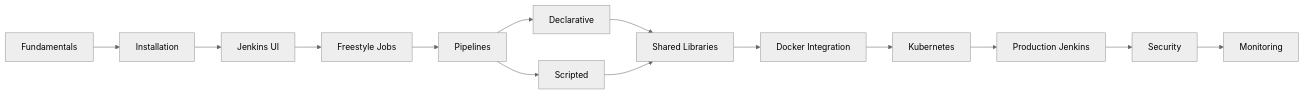
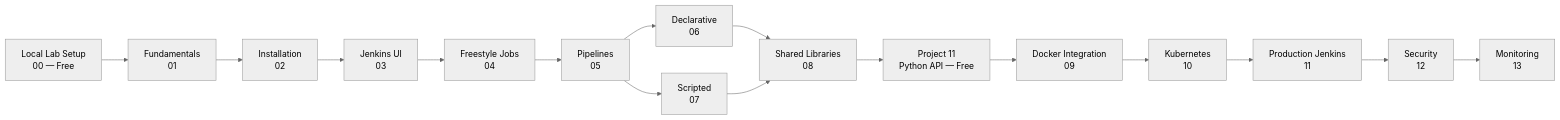
Before and after one commit to cloud-prakhar/ultimate-jenkins-devops: the diagram in README.md, drawn with Mermaid (neutral theme). The commit also changed other lines of this file and 19 other files, not shown here.

````diff
--- a/README.md
+++ b/README.md
@@ -19,16 +23,18 @@
 ```mermaid
 flowchart LR
-    F[Fundamentals] --> I[Installation]
-    I --> UI[Jenkins UI]
-    UI --> FS[Freestyle Jobs]
-    FS --> P[Pipelines]
-    P --> DP[Declarative]
-    P --> SP[Scripted]
-    DP --> SL[Shared Libraries]
+    LAB[Local Lab Setup\n00 — Free] --> F[Fundamentals\n01]
+    F --> I[Installation\n02]
+    I --> UI[Jenkins UI\n03]
+    UI --> FS[Freestyle Jobs\n04]
+    FS --> P[Pipelines\n05]
+    P --> DP[Declarative\n06]
+    P --> SP[Scripted\n07]
+    DP --> SL[Shared Libraries\n08]
     SP --> SL
-    SL --> D[Docker Integration]
-    D --> K[Kubernetes]
-    K --> PROD[Production Jenkins]
-    PROD --> SEC[Security]
-    SEC --> MON[Monitoring]
+    SL --> PROJ[Project 11\nPython API — Free]
+    PROJ --> D[Docker Integration\n09]
+    D --> K[Kubernetes\n10]
+    K --> PROD[Production Jenkins\n11]
+    PROD --> SEC[Security\n12]
+    SEC --> MON[Monitoring\n13]
 ```
````
